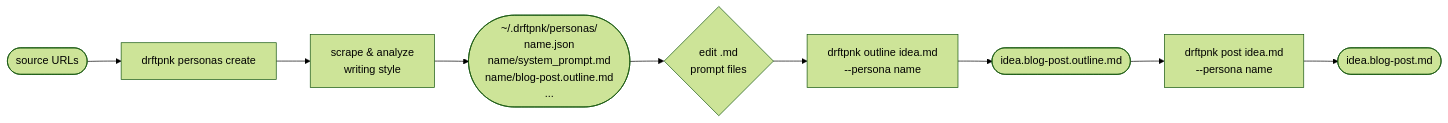
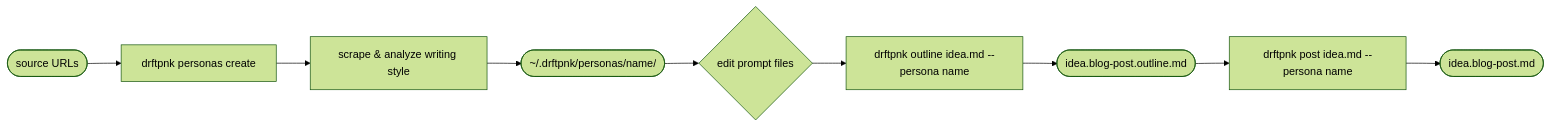
The fourth of 4 diagrams in README.md (pwv-vc/drftpnk), drawn with Mermaid (forest theme) before and after one commit. The commit also changed other lines of this file, not shown here.

````diff
--- a/README.md
+++ b/README.md
@@ -186,11 +186,11 @@
 ```mermaid
 flowchart LR
     A([source URLs]) --> B[drftpnk personas create]
-    B --> C[scrape & analyze\nwriting style]
-    C --> D([~/.drftpnk/personas/\nname.json\nname/system_prompt.md\nname/blog-post.outline.md\n...])
-    D --> E{edit .md\nprompt files}
-    E --> F[drftpnk outline idea.md\n--persona name]
+    B --> C["scrape & analyze writing style"]
+    C --> D(["~/.drftpnk/personas/name/"])
+    D --> E{edit prompt files}
+    E --> F["drftpnk outline idea.md --persona name"]
     F --> G([idea.blog-post.outline.md])
-    G --> H[drftpnk post idea.md\n--persona name]
+    G --> H["drftpnk post idea.md --persona name"]
     H --> I([idea.blog-post.md])
 ```
````
